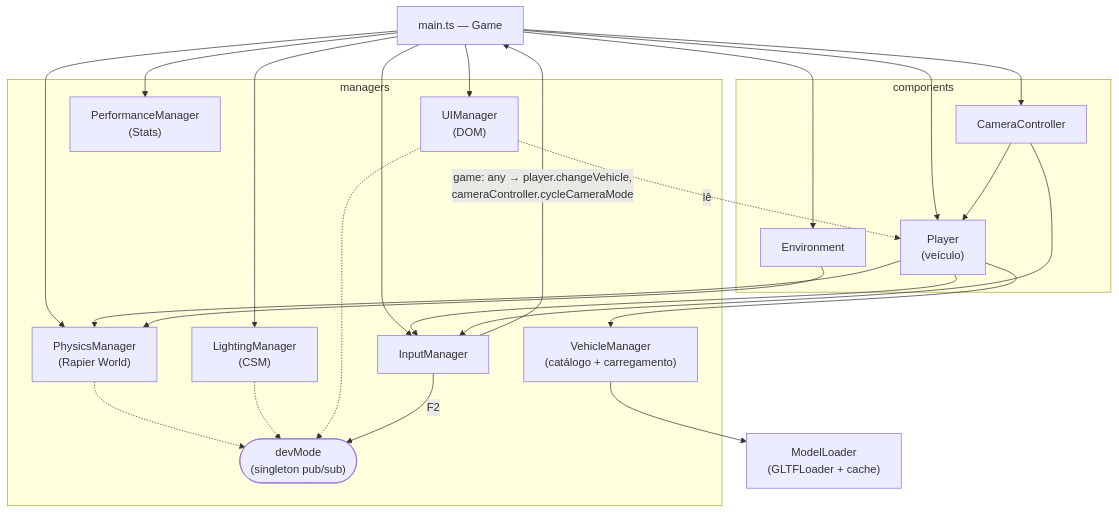
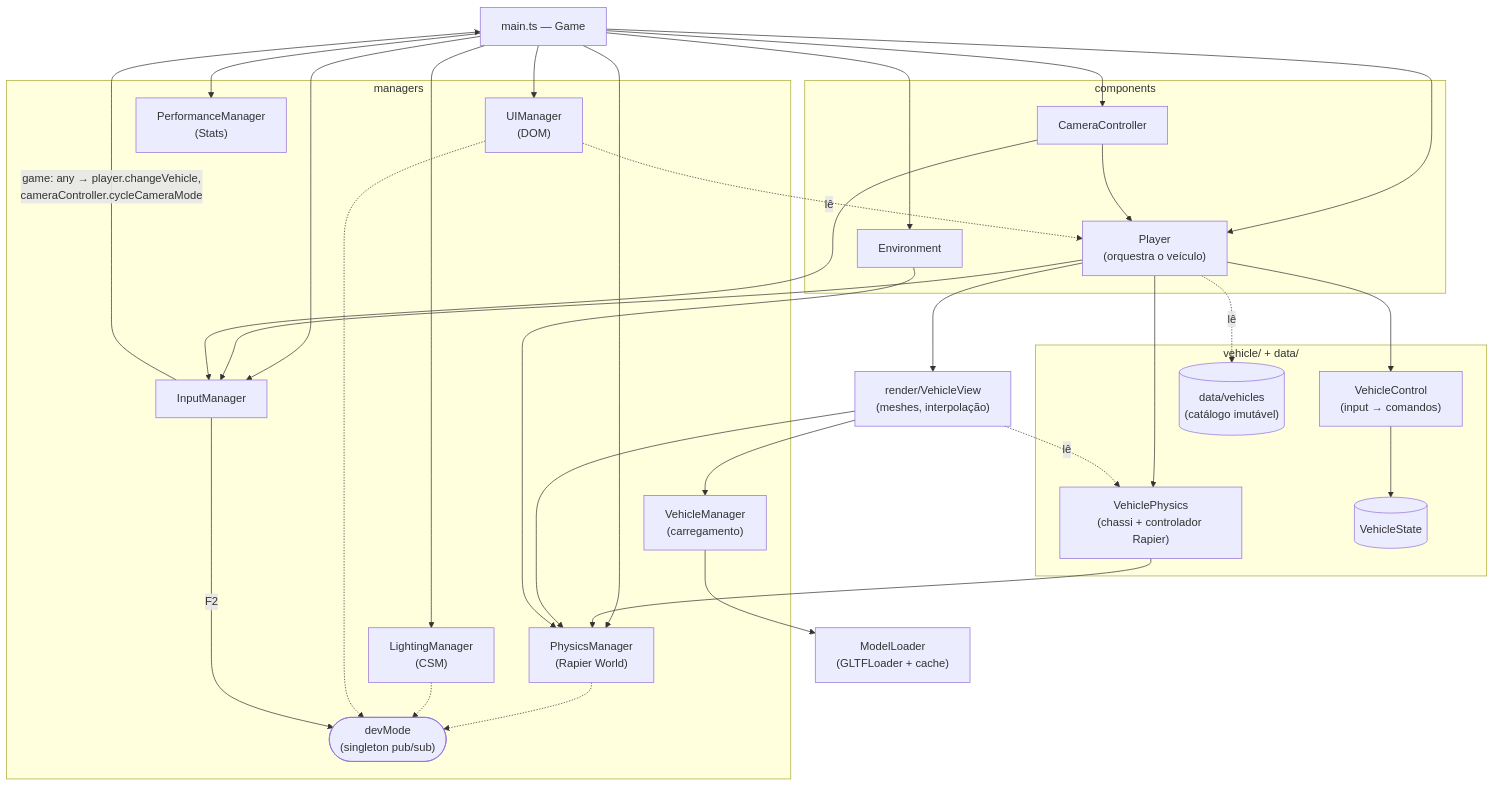
Before and after one commit to leo-pansonato/portfolio-three.js: the first of 2 diagrams in ARCHITECTURE.md, drawn with Mermaid. The commit also changed other lines of this file and 3 other files, not shown here.

First line of the commit message:
docs: P1-2 concluído (VehicleControl, VehiclePhysics, VehicleView, Player orquestrador)

````diff
--- a/ARCHITECTURE.md
+++ b/ARCHITECTURE.md
@@ -21,33 +21,44 @@
 ```mermaid
 flowchart TD
     main["main.ts — Game"]
     subgraph managers
         PM["PhysicsManager<br/>(Rapier World)"]
         IM["InputManager"]
         LM["LightingManager<br/>(CSM)"]
         UI["UIManager<br/>(DOM)"]
         PerfM["PerformanceManager<br/>(Stats)"]
-        VM["VehicleManager<br/>(catálogo + carregamento)"]
+        VM["VehicleManager<br/>(carregamento)"]
         DM(["devMode<br/>(singleton pub/sub)"])
     end
     subgraph components
-        P["Player<br/>(veículo)"]
+        P["Player<br/>(orquestra o veículo)"]
         CC["CameraController"]
         Env["Environment"]
     end
+    subgraph vehicle ["vehicle/ + data/"]
+        VC["VehicleControl<br/>(input → comandos)"]
+        VP["VehiclePhysics<br/>(chassi + controlador Rapier)"]
+        VS[("VehicleState")]
+        VD[("data/vehicles<br/>(catálogo imutável)")]
+    end
+    VV["render/VehicleView<br/>(meshes, interpolação)"]
     ML["ModelLoader<br/>(GLTFLoader + cache)"]
 
     main --> PM & IM & LM & UI & PerfM & Env & P & CC
-    P --> PM
     P --> IM
-    P --> VM --> ML
+    P --> VC --> VS
+    P --> VP --> PM
+    P --> VV --> VM --> ML
+    VV -. lê .-> VP
+    VV --> PM
+    P -. lê .-> VD
     CC --> P
     CC --> IM
     Env --> PM
     UI -. lê .-> P
     IM -- "game: any → player.changeVehicle,<br/>cameraController.cycleCameraMode" --> main
     PM -.-> DM
     LM -.-> DM
     UI -.-> DM
     IM -- F2 --> DM
 ```
````
